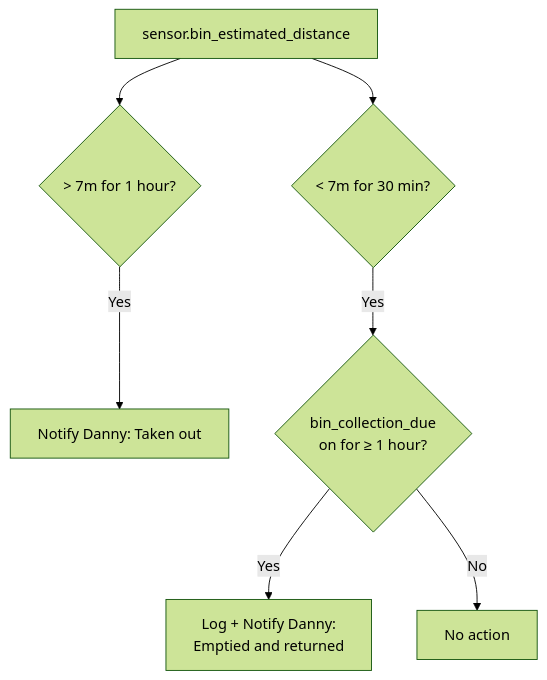
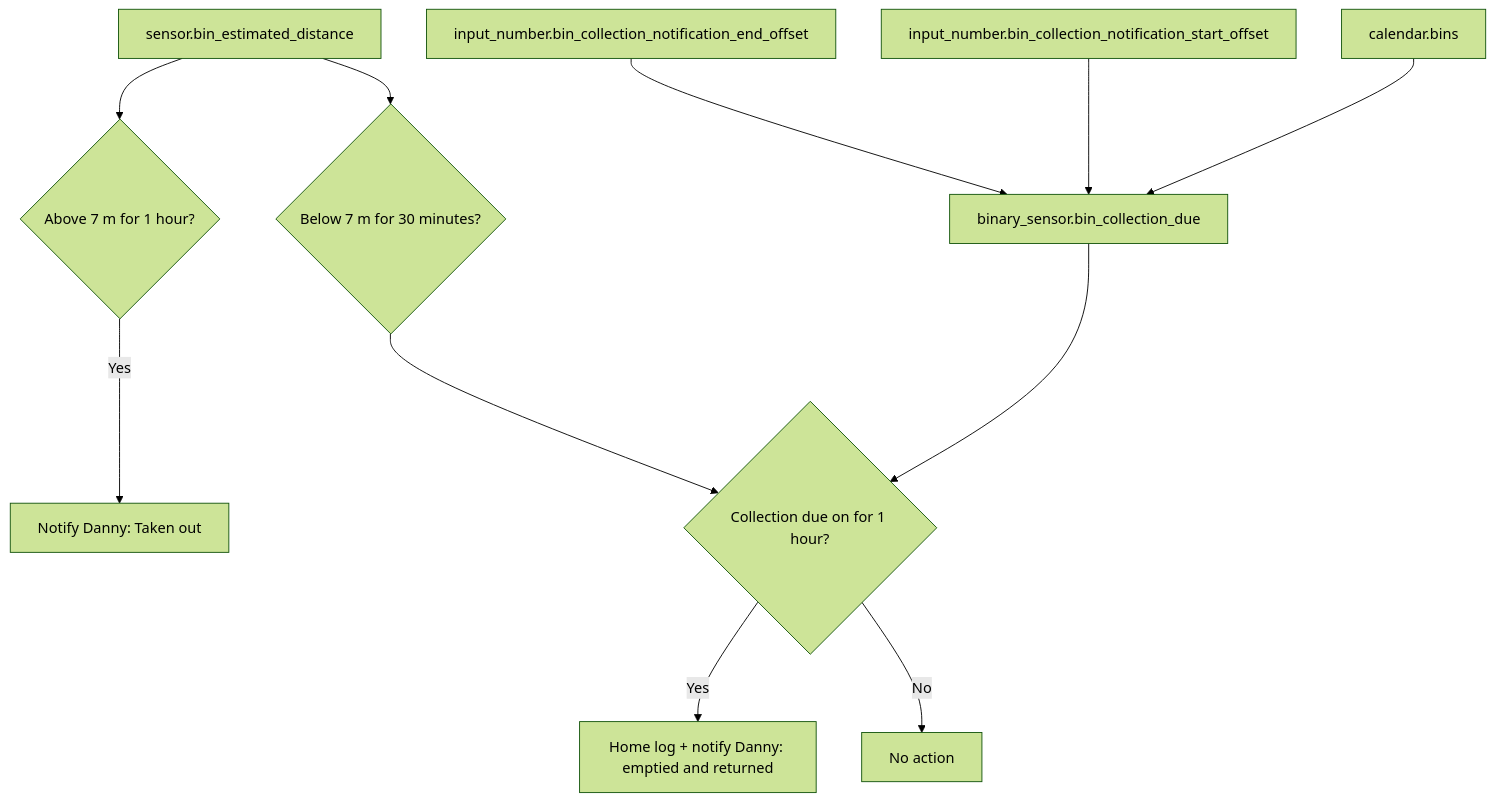
Before and after one commit to dannytsang/homeassistant-config: the diagram in packages/integrations/bins_README.md, drawn with Mermaid (forest theme). The commit also changed other lines of this file and 60 other files, not shown here.

````diff
--- a/packages/integrations/bins_README.md
+++ b/packages/integrations/bins_README.md
@@ -22,9 +26,13 @@
 ```mermaid
 flowchart TD
-    A[sensor.bin_estimated_distance] --> B{> 7m for 1 hour?}
-    B -->|Yes| C[Notify Danny: Taken out]
-    A --> D{< 7m for 30 min?}
-    D -->|Yes| E{bin_collection_due\non for ≥ 1 hour?}
-    E -->|Yes| F[Log + Notify Danny:\nEmptied and returned]
-    E -->|No| G[No action]
+    Distance[sensor.bin_estimated_distance] --> Out{Above 7 m for 1 hour?}
+    Out -->|Yes| TakenOut[Notify Danny: Taken out]
+    Distance --> Returned{Below 7 m for 30 minutes?}
+    Calendar[calendar.bins] --> Window[binary_sensor.bin_collection_due]
+    StartOffset[input_number.bin_collection_notification_start_offset] --> Window
+    EndOffset[input_number.bin_collection_notification_end_offset] --> Window
+    Window --> Due{Collection due on for 1 hour?}
+    Returned --> Due
+    Due -->|Yes| ReturnedAction[Home log + notify Danny: emptied and returned]
+    Due -->|No| Ignore[No action]
 ```
````
